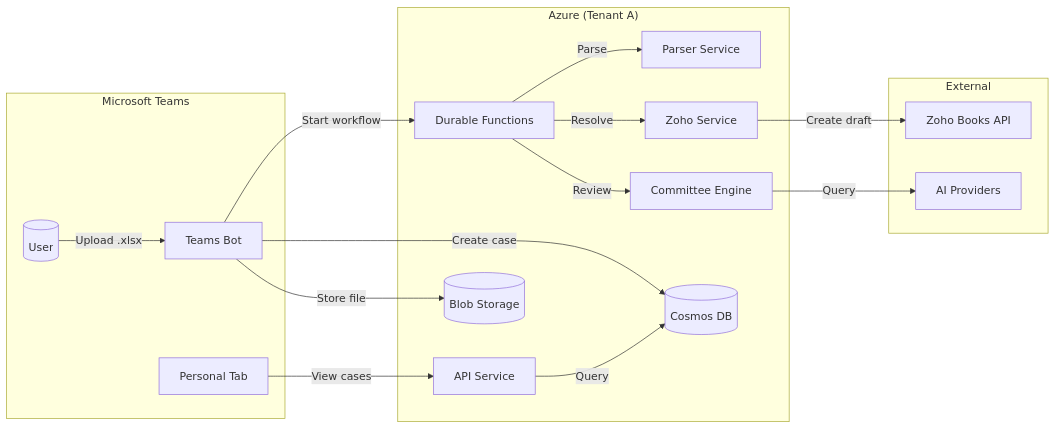
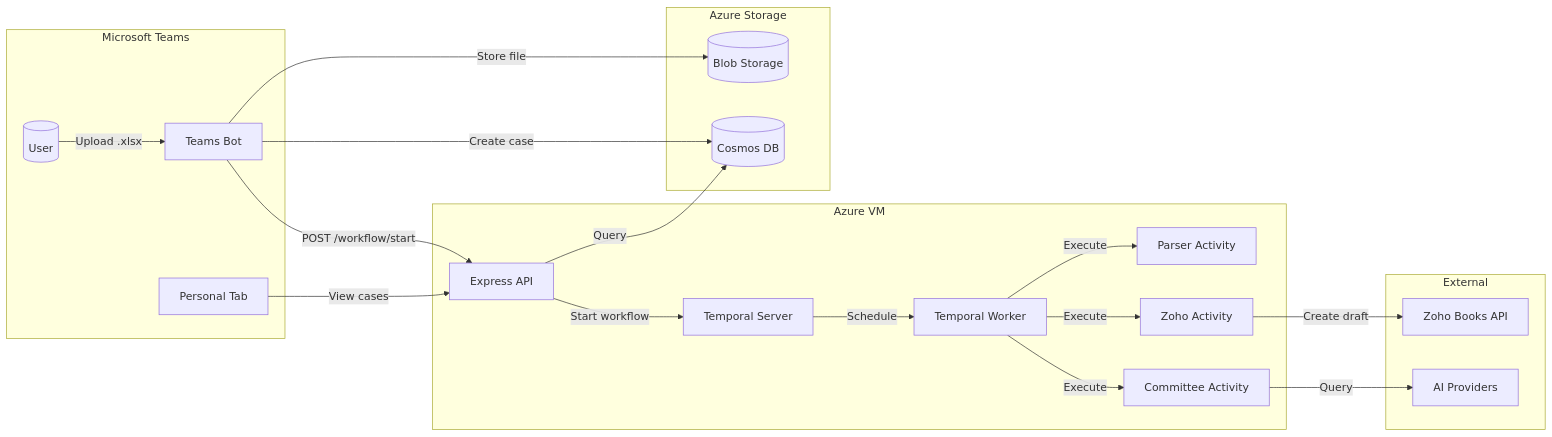
One commit to CoronovirusG10/Zoho-order-processing changed the first of 11 diagrams in app/docs/architecture/data-flow.md. Above: the diagram before and after it, drawn with Mermaid. The commit also changed other lines of this file and 40 other files, not shown here.

Commit message:
Add VM migration architecture, Temporal workflow implementation, and infrastructure updates

````diff
--- a/app/docs/architecture/data-flow.md
+++ b/app/docs/architecture/data-flow.md
@@ -9,35 +11,41 @@
 ```mermaid
 flowchart LR
     subgraph Teams["Microsoft Teams"]
         User[("User")]
         Bot["Teams Bot"]
         Tab["Personal Tab"]
     end
 
-    subgraph Azure["Azure (Tenant A)"]
-        API["API Service"]
-        Workflow["Durable Functions"]
-        Parser["Parser Service"]
-        Committee["Committee Engine"]
-        Zoho["Zoho Service"]
+    subgraph VM["Azure VM"]
+        API["Express API"]
+        Temporal["Temporal Server"]
+        Worker["Temporal Worker"]
+        Parser["Parser Activity"]
+        Committee["Committee Activity"]
+        Zoho["Zoho Activity"]
+    end
+
+    subgraph Storage["Azure Storage"]
         Blob[("Blob Storage")]
         Cosmos[("Cosmos DB")]
     end
 
     subgraph External["External"]
         ZohoAPI["Zoho Books API"]
         AIProviders["AI Providers"]
     end
 
     User -->|Upload .xlsx| Bot
     Bot -->|Store file| Blob
     Bot -->|Create case| Cosmos
-    Bot -->|Start workflow| Workflow
-    Workflow -->|Parse| Parser
-    Workflow -->|Review| Committee
+    Bot -->|POST /workflow/start| API
+    API -->|Start workflow| Temporal
+    Temporal -->|Schedule| Worker
+    Worker -->|Execute| Parser
+    Worker -->|Execute| Committee
     Committee -->|Query| AIProviders
-    Workflow -->|Resolve| Zoho
+    Worker -->|Execute| Zoho
     Zoho -->|Create draft| ZohoAPI
     Tab -->|View cases| API
     API -->|Query| Cosmos
 ```
````
